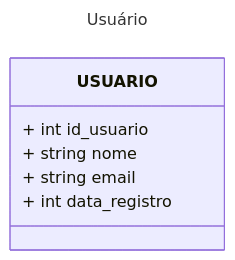
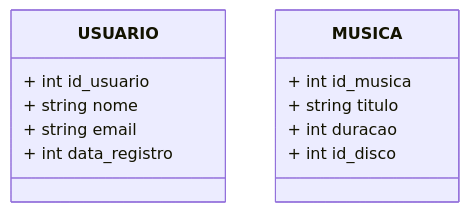
Before and after one commit to iagorosa28/sistema_de_streaming_de_musica_banco_de_dados: the diagram in README.md, drawn with Mermaid.

````diff
--- a/README.md
+++ b/README.md
@@ -26,12 +26,16 @@
 ```mermaid
----
-title: Usuário
----
-
 classDiagram
     class USUARIO
     USUARIO : + int id_usuario
     USUARIO : + string nome
     USUARIO : + string email
     USUARIO : + int data_registro
+
+   class MUSICA
+   MUSICA : + int id_musica
+   MUSICA : + string titulo
+   MUSICA : + int duracao
+   MUSICA : + int id_disco
+
+
 ```
````
